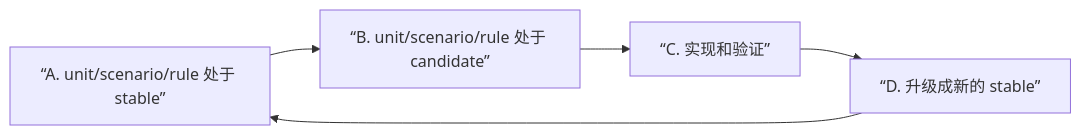
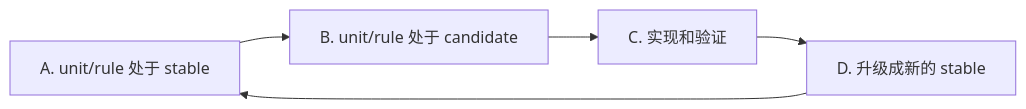
The second of 5 diagrams in README.zh-CN.md (mfblog/specflow), drawn with Mermaid before and after one commit. The commit also changed other lines of this file and 91 other files, not shown here.

````diff
--- a/README.zh-CN.md
+++ b/README.zh-CN.md
@@ -263,7 +259,7 @@
 ```mermaid
 flowchart LR
-    A[“A. unit/scenario/rule 处于 stable”] --> B[“B. unit/scenario/rule 处于 candidate”]
-    B --> C[“C. 实现和验证”]
-    C --> D[“D. 升级成新的 stable”]
+    A["A. unit/rule 处于 stable"] --> B["B. unit/rule 处于 candidate"]
+    B --> C["C. 实现和验证"]
+    C --> D["D. 升级成新的 stable"]
     D --> A
 ```
````
